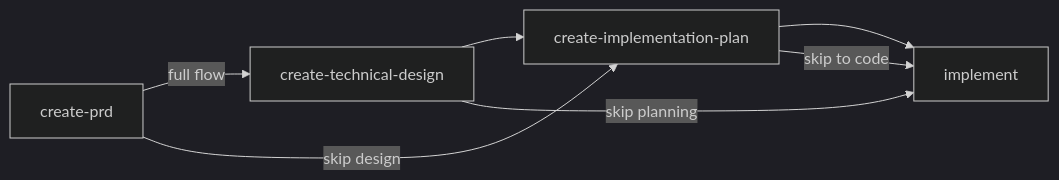
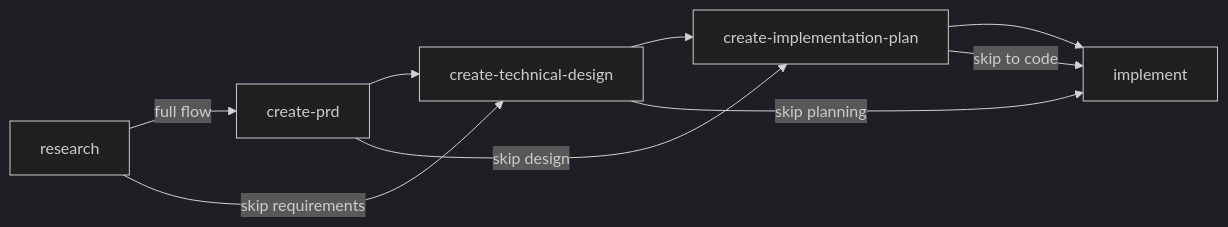
The second of 2 diagrams in README.md (emiliosheinz/skills), drawn with Mermaid (dark theme) before and after one commit. The commit also changed other lines of this file and 4 other files, not shown here.

````diff
--- a/README.md
+++ b/README.md
@@ -69,12 +70,14 @@
 ```mermaid
 flowchart LR
+    RES["research"]
     PRD["create-prd"]
     TD["create-technical-design"]
     IP["create-implementation-plan"]
     IMP["implement"]
 
-    PRD -->|"full flow"| TD --> IP --> IMP
+    RES -->|"full flow"| PRD --> TD --> IP --> IMP
+    RES -->|"skip requirements"| TD
     PRD -->|"skip design"| IP
     TD -->|"skip planning"| IMP
     IP -->|"skip to code"| IMP
 ```
````
